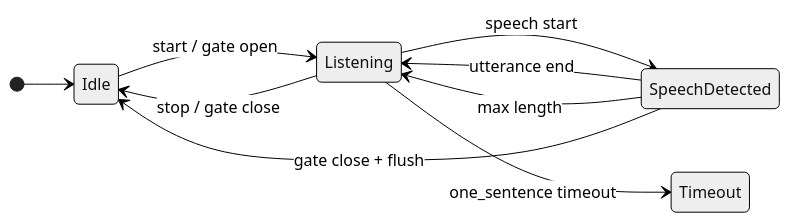
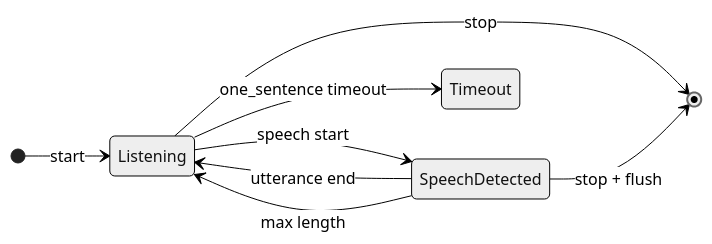
One commit to brittain9/obsidian-local-speech-to-text changed the fifth of 8 diagrams in docs/architecture/system-architecture.md. Above: the diagram before and after it, drawn with Mermaid (neutral theme). The commit also changed other lines of this file and 4 other files, not shown here.

First line of the commit message:
simplify: remove dead SessionBaseState::Idle and stale gate references

````diff
--- a/docs/architecture/system-architecture.md
+++ b/docs/architecture/system-architecture.md
@@ -176,13 +176,12 @@
 ```mermaid
 stateDiagram-v2
     direction LR
 
-    [*] --> Idle
-    Idle --> Listening : start / gate open
+    [*] --> Listening : start
     Listening --> SpeechDetected : speech start
     SpeechDetected --> Listening : utterance end
     SpeechDetected --> Listening : max length
-    Listening --> Idle : stop / gate close
-    SpeechDetected --> Idle : gate close + flush
+    Listening --> [*] : stop
+    SpeechDetected --> [*] : stop + flush
     Listening --> Timeout : one_sentence timeout
 ```
````
